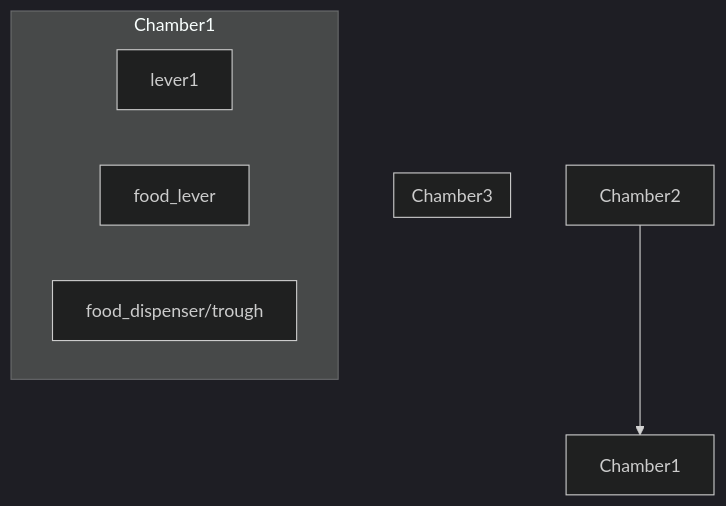
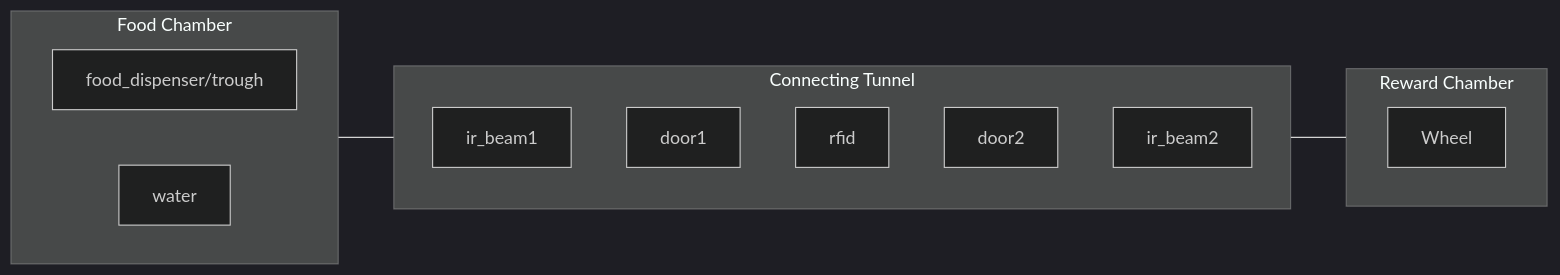
The second of 2 diagrams in Control/Classes/README.md (sarah-litz/Simulation_Control), drawn with Mermaid (dark theme) before and after one commit. The commit also changed other lines of this file and 13 other files, not shown here.

````diff
--- a/Control/Classes/README.md
+++ b/Control/Classes/README.md
@@ -32,18 +40,21 @@
-```mermaid 
-flowchart TB
-    subgraph Chamber3
-        
+```mermaid
+flowchart LR
+    subgraph Chamber1[Food Chamber]
+        direction LR
+        food_dispenser/trough
+        water
     end
-
-    subgraph Chamber1 
+    subgraph Edge12[Connecting Tunnel]
+        direction TB
+        ir_beam1
+        door1
+        rfid
+        door2
+        ir_beam2
+    end 
+    subgraph Chamber2[Reward Chamber]
         direction LR
-        lever1
-        food_lever 
-        food_dispenser/trough
-    end 
-
-    Chamber2 --> Chamber1
-
-
-
+        Wheel 
+    end
+    Chamber1 --- Edge12 --- Chamber2
 ```
````
